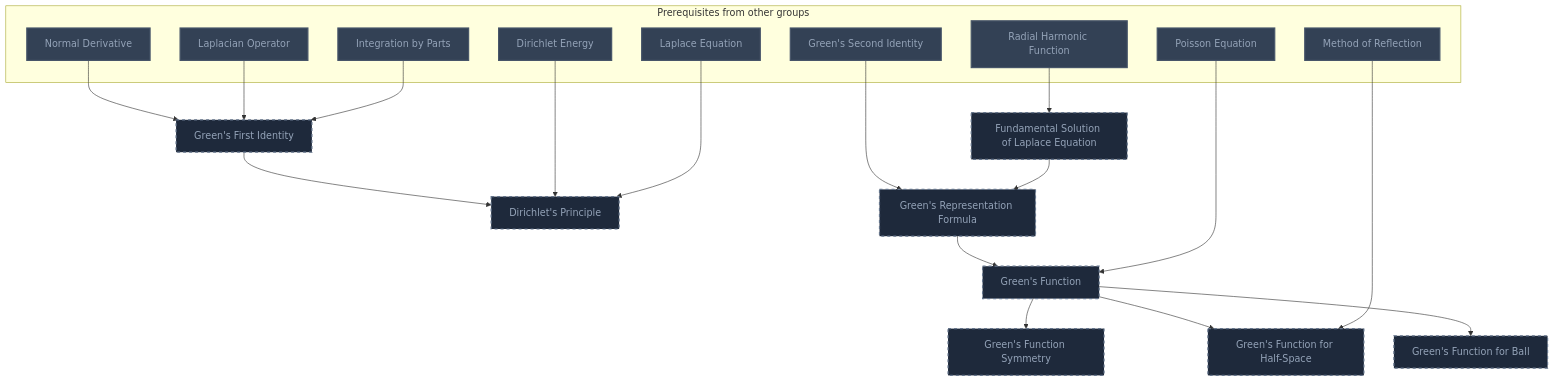
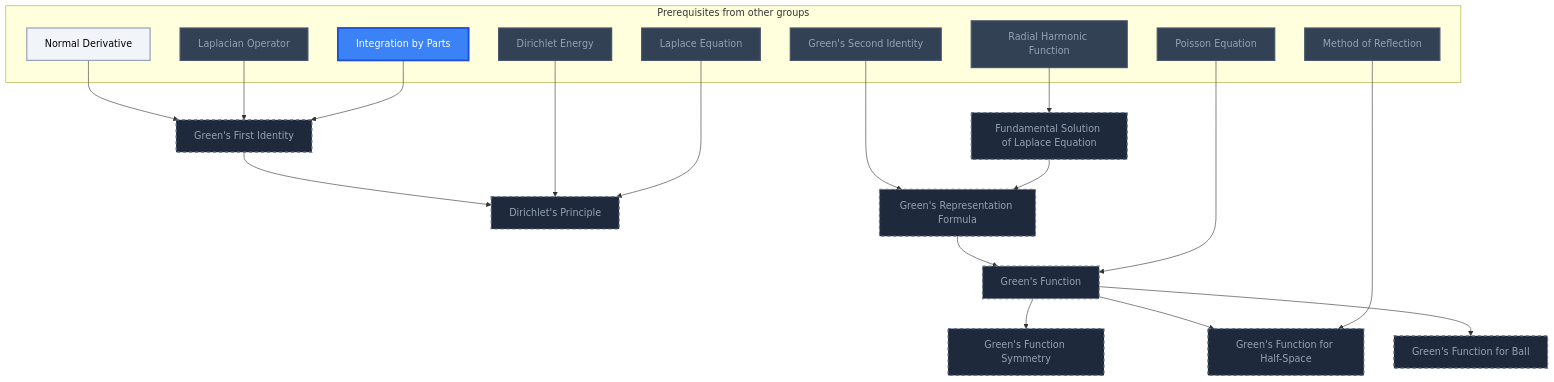
One commit to MRauf1/My-Notes changed the seventh of 25 diagrams in Gamification/Skill Trees/Partial Differential Equations.md. Above: the diagram before and after it, drawn with Mermaid. The commit also changed other lines of this file and 145 other files, not shown here.

````diff
--- a/Gamification/Skill Trees/Partial Differential Equations.md
+++ b/Gamification/Skill Trees/Partial Differential Equations.md
@@ -559,49 +570,51 @@
 ```mermaid
 flowchart TD
     classDef planned fill:#1E293B,stroke:#64748B,stroke-width:2px,stroke-dasharray:5 5,color:#94A3B8;
     classDef locked fill:#334155,stroke:#475569,stroke-width:2px,color:#94A3B8;
     classDef L0 fill:#F1F5F9,stroke:#94A3B8,stroke-width:2px,color:#000000;
     classDef L1 fill:#22C55E,stroke:#15803D,stroke-width:2px,color:#000000;
     classDef L2 fill:#3B82F6,stroke:#1D4ED8,stroke-width:3px,color:#FFFFFF;
     classDef L3 fill:#A855F7,stroke:#6B21A8,stroke-width:3px,color:#FFFFFF,font-weight:bold;
     classDef L4 fill:#F97316,stroke:#C2410C,stroke-width:4px,color:#000000,font-weight:bold;
     classDef L5 fill:#FFD700,stroke:#FF8C00,stroke-width:5px,color:#000000,font-weight:bold;
     classDef rusty stroke:#8B4513,stroke-width:4px,stroke-dasharray:3 3;
     subgraph sg_prereqs["Prerequisites from other groups"]
         n_normal_derivative["Normal Derivative"]
         n_laplacian_operator["Laplacian Operator"]
         n_integration_by_parts["Integration by Parts"]
         n_dirichlet_energy["Dirichlet Energy"]
         n_laplace_equation["Laplace Equation"]
         n_radial_harmonic_function["Radial Harmonic Function"]
         n_green_s_second_identity["Green's Second Identity"]
         n_poisson_equation["Poisson Equation"]
         n_method_of_reflection["Method of Reflection"]
     end
     n_green_s_first_identity["Green's First Identity"]
     n_dirichlet_s_principle["Dirichlet's Principle"]
     n_fundamental_solution_of_laplace_equation["Fundamental Solution of Laplace Equation"]
     n_green_s_representation_formula["Green's Representation Formula"]
     n_green_s_function["Green's Function"]
     n_green_s_function_symmetry["Green's Function Symmetry"]
     n_green_s_function_for_half_space["Green's Function for Half-Space"]
     n_green_s_function_for_ball["Green's Function for Ball"]
     n_normal_derivative --> n_green_s_first_identity
     n_laplacian_operator --> n_green_s_first_identity
     n_integration_by_parts --> n_green_s_first_identity
     n_green_s_first_identity --> n_dirichlet_s_principle
     n_dirichlet_energy --> n_dirichlet_s_principle
     n_laplace_equation --> n_dirichlet_s_principle
     n_radial_harmonic_function --> n_fundamental_solution_of_laplace_equation
     n_green_s_second_identity --> n_green_s_representation_formula
     n_fundamental_solution_of_laplace_equation --> n_green_s_representation_formula
     n_green_s_representation_formula --> n_green_s_function
     n_poisson_equation --> n_green_s_function
     n_green_s_function --> n_green_s_function_symmetry
     n_green_s_function --> n_green_s_function_for_half_space
     n_method_of_reflection --> n_green_s_function_for_half_space
     n_green_s_function --> n_green_s_function_for_ball
     class n_green_s_first_identity,n_dirichlet_s_principle,n_fundamental_solution_of_laplace_equation,n_green_s_representation_formula,n_green_s_function,n_green_s_function_symmetry,n_green_s_function_for_half_space,n_green_s_function_for_ball planned;
-    class n_normal_derivative,n_laplacian_operator,n_integration_by_parts,n_dirichlet_energy,n_laplace_equation,n_radial_harmonic_function,n_green_s_second_identity,n_poisson_equation,n_method_of_reflection locked;
+    class n_laplacian_operator,n_dirichlet_energy,n_laplace_equation,n_radial_harmonic_function,n_green_s_second_identity,n_poisson_equation,n_method_of_reflection locked;
+    class n_normal_derivative L0;
+    class n_integration_by_parts L2;
     class n_normal_derivative,n_laplacian_operator,n_integration_by_parts,n_dirichlet_energy,n_laplace_equation,n_radial_harmonic_function,n_green_s_second_identity,n_poisson_equation,n_method_of_reflection internal-link;
 ```
````
